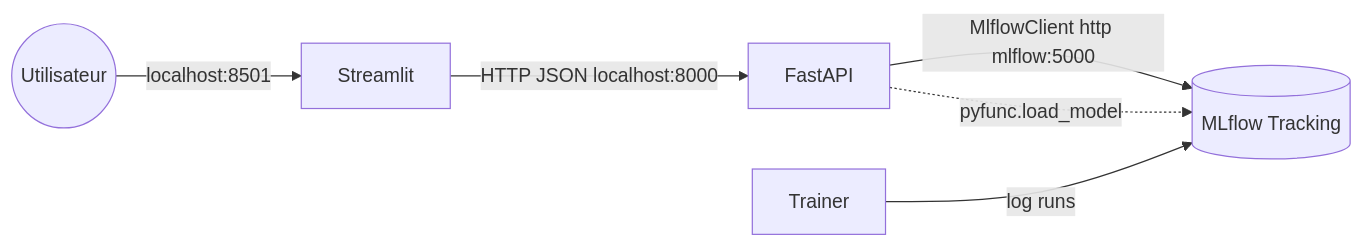
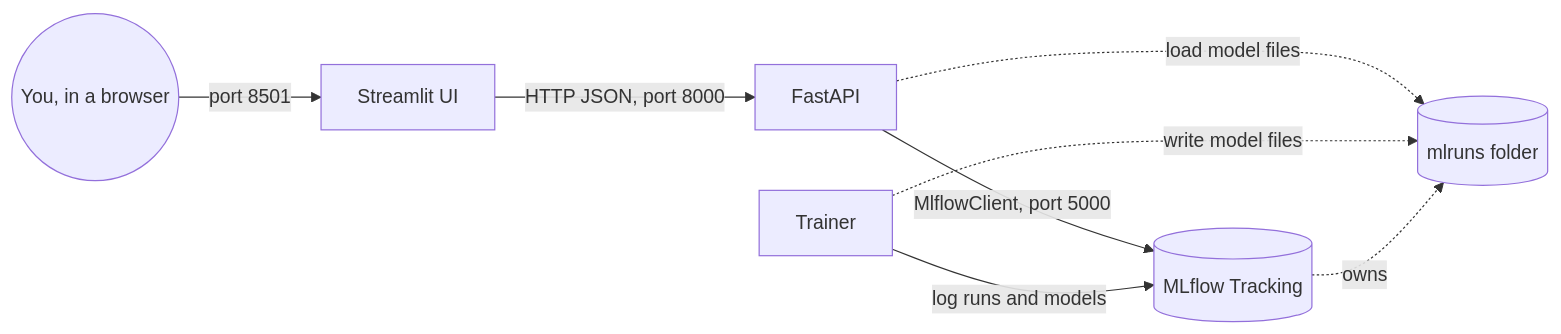
One commit to inskillflow/complete-mlops-pipeline-end-to-end-AutoML-en changed the diagram in 05-NewProject-2/README.md. Above: the diagram before and after it, drawn with Mermaid. The commit also changed other lines of this file, not shown here.

````diff
--- a/05-NewProject-2/README.md
+++ b/05-NewProject-2/README.md
@@ -447,8 +52,10 @@
 ```mermaid
 flowchart LR
-    User((Utilisateur)) -->|"localhost:8501"| Streamlit
-    Streamlit -->|"HTTP JSON localhost:8000"| FastAPI
-    FastAPI -->|"MlflowClient http mlflow:5000"| MLflow[("MLflow Tracking")]
-    Trainer -->|"log runs"| MLflow
-    FastAPI -.->|"pyfunc.load_model"| MLflow
+    User((You, in a browser)) -->|"port 8501"| UI[Streamlit UI]
+    UI -->|"HTTP JSON, port 8000"| API[FastAPI]
+    API -->|"MlflowClient, port 5000"| MLflow[(MLflow Tracking)]
+    Trainer[Trainer] -->|"log runs and models"| MLflow
+    API -.->|"load model files"| Artifacts[(mlruns folder)]
+    Trainer -.->|"write model files"| Artifacts
+    MLflow -.->|"owns"| Artifacts
 ```
````
